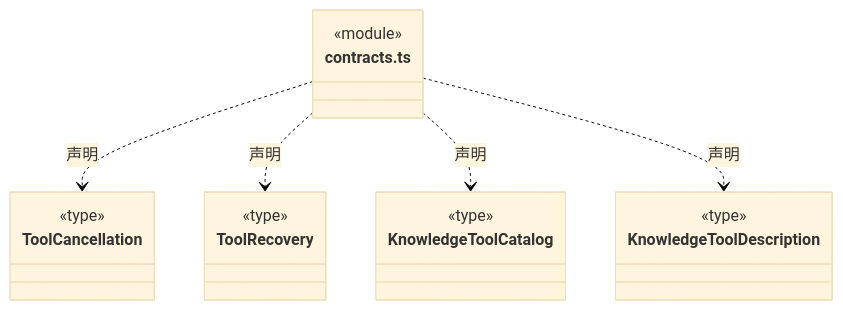
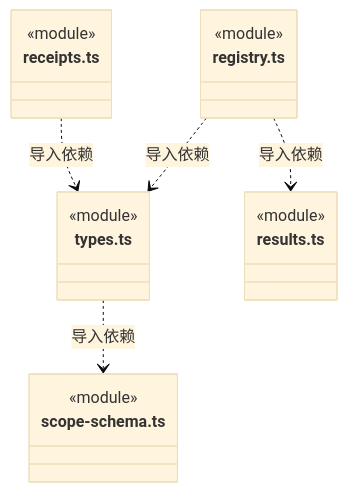
The second of 8 diagrams in src/backend/core/tools/ARCHITECTURE.md (nan023062/cbim), drawn with Mermaid (base theme) before and after one commit. The commit also changed other lines of this file and 971 other files, not shown here.

First line of the commit message:
refactor: align backend source layout with V&B module boundaries

````diff
--- a/src/backend/core/tools/ARCHITECTURE.md
+++ b/src/backend/core/tools/ARCHITECTURE.md
@@ -28,26 +49,22 @@
 ```mermaid
 classDiagram
-class N_src_backend_core_tools_contracts_ts["contracts.ts"] {
+class N_src_backend_core_tools_receipts_ts["receipts.ts"] {
   <<module>>
 }
-class N_src_backend_core_tools_contracts_ts_ToolCancellation["ToolCancellation"] {
-  <<type>>
-
+class N_src_backend_core_tools_registry_ts["registry.ts"] {
+  <<module>>
 }
-N_src_backend_core_tools_contracts_ts ..> N_src_backend_core_tools_contracts_ts_ToolCancellation : 声明
-class N_src_backend_core_tools_contracts_ts_ToolRecovery["ToolRecovery"] {
-  <<type>>
-
+class N_src_backend_core_tools_results_ts["results.ts"] {
+  <<module>>
 }
-N_src_backend_core_tools_contracts_ts ..> N_src_backend_core_tools_contracts_ts_ToolRecovery : 声明
-class N_src_backend_core_tools_contracts_ts_KnowledgeToolCatalog["KnowledgeToolCatalog"] {
-  <<type>>
-
+class N_src_backend_core_tools_scope_schema_ts["scope-schema.ts"] {
+  <<module>>
 }
-N_src_backend_core_tools_contracts_ts ..> N_src_backend_core_tools_contracts_ts_KnowledgeToolCatalog : 声明
-class N_src_backend_core_tools_contracts_ts_KnowledgeToolDescription["KnowledgeToolDescription"] {
-  <<type>>
-
+class N_src_backend_core_tools_types_ts["types.ts"] {
+  <<module>>
 }
-N_src_backend_core_tools_contracts_ts ..> N_src_backend_core_tools_contracts_ts_KnowledgeToolDescription : 声明
+N_src_backend_core_tools_receipts_ts ..> N_src_backend_core_tools_types_ts : 导入依赖
+N_src_backend_core_tools_registry_ts ..> N_src_backend_core_tools_types_ts : 导入依赖
+N_src_backend_core_tools_registry_ts ..> N_src_backend_core_tools_results_ts : 导入依赖
+N_src_backend_core_tools_types_ts ..> N_src_backend_core_tools_scope_schema_ts : 导入依赖
 ```
````
